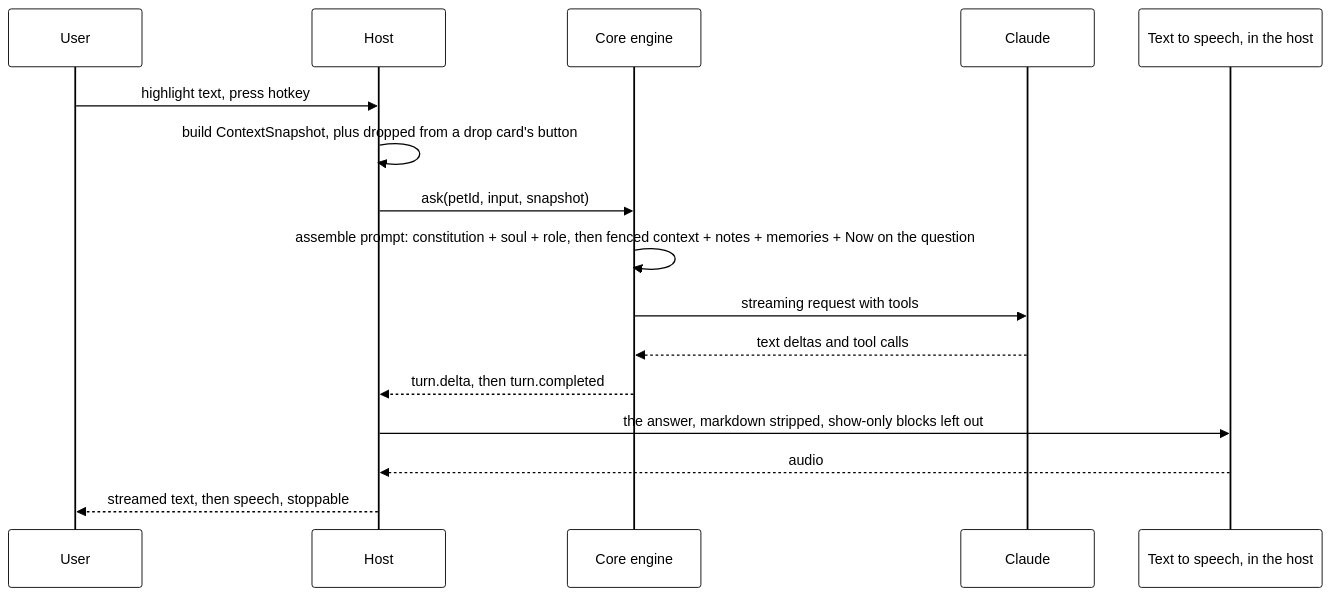
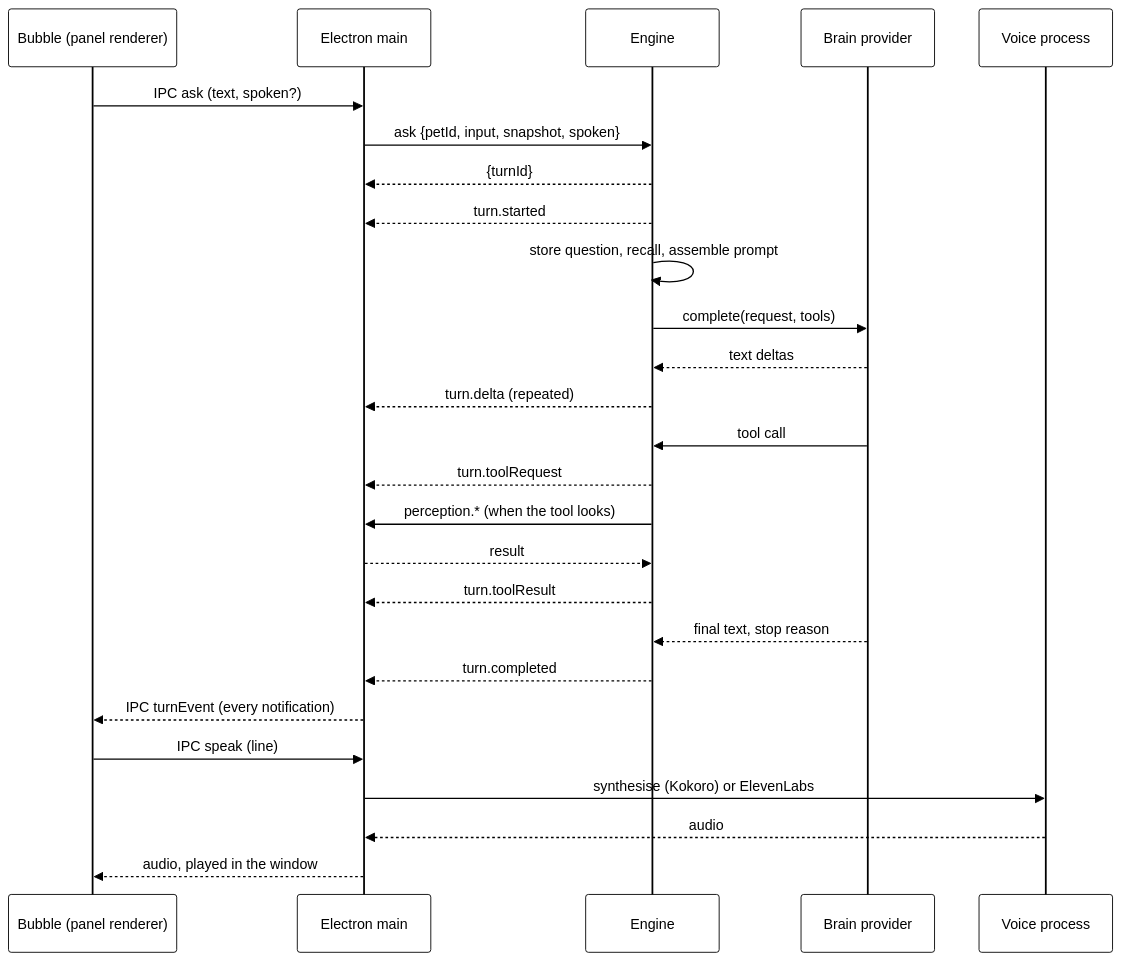
One commit to nadeem4/tagalong changed the third of 4 diagrams in docs/architecture.md. Above: the diagram before and after it, drawn with Mermaid. The commit also changed other lines of this file and 19 other files, not shown here.

````diff
--- a/docs/architecture.md
+++ b/docs/architecture.md
@@ -235,19 +204,29 @@
 ```mermaid
-%%{init: {"theme": "base", "themeVariables": {"primaryColor": "#ffffff", "primaryTextColor": "#000000", "primaryBorderColor": "#000000", "lineColor": "#000000", "actorBkg": "#ffffff", "actorBorder": "#000000", "signalColor": "#000000", "signalTextColor": "#000000", "noteBkgColor": "#ffffff", "noteBorderColor": "#000000"}}}%%
+%%{init: {"theme": "base", "themeVariables": {"primaryColor": "#ffffff", "primaryTextColor": "#000000", "primaryBorderColor": "#000000", "lineColor": "#808080", "secondaryColor": "#f2f2f2", "tertiaryColor": "#ffffff", "clusterBkg": "#f7f7f7", "clusterBorder": "#808080", "edgeLabelBackground": "#ffffff", "titleColor": "#808080", "fontFamily": "Segoe UI, Helvetica, Arial, sans-serif"}}}%%
 sequenceDiagram
-  participant U as User
-  participant H as Host
-  participant C as Core engine
-  participant A as Claude
-  participant T as Text to speech, in the host
-  U->>H: highlight text, press hotkey
-  H->>H: build ContextSnapshot, plus dropped from a drop card's button
-  H->>C: ask(petId, input, snapshot)
-  C->>C: assemble prompt: constitution + soul + role, then fenced context + notes + memories + Now on the question
-  C->>A: streaming request with tools
-  A-->>C: text deltas and tool calls
-  C-->>H: turn.delta, then turn.completed
-  H->>T: the answer, markdown stripped, show-only blocks left out
-  T-->>H: audio
-  H-->>U: streamed text, then speech, stoppable
+  participant B as Bubble (panel renderer)
+  participant M as Electron main
+  participant E as Engine
+  participant P as Brain provider
+  participant V as Voice process
+  B->>M: IPC ask (text, spoken?)
+  M->>E: ask {petId, input, snapshot, spoken}
+  E-->>M: {turnId}
+  E-->>M: turn.started
+  E->>E: store question, recall, assemble prompt
+  E->>P: complete(request, tools)
+  P-->>E: text deltas
+  E-->>M: turn.delta (repeated)
+  P->>E: tool call
+  E-->>M: turn.toolRequest
+  E->>M: perception.* (when the tool looks)
+  M-->>E: result
+  E-->>M: turn.toolResult
+  P-->>E: final text, stop reason
+  E-->>M: turn.completed
+  M-->>B: IPC turnEvent (every notification)
+  B->>M: IPC speak (line)
+  M->>V: synthesise (Kokoro) or ElevenLabs
+  V-->>M: audio
+  M-->>B: audio, played in the window
 ```
````
